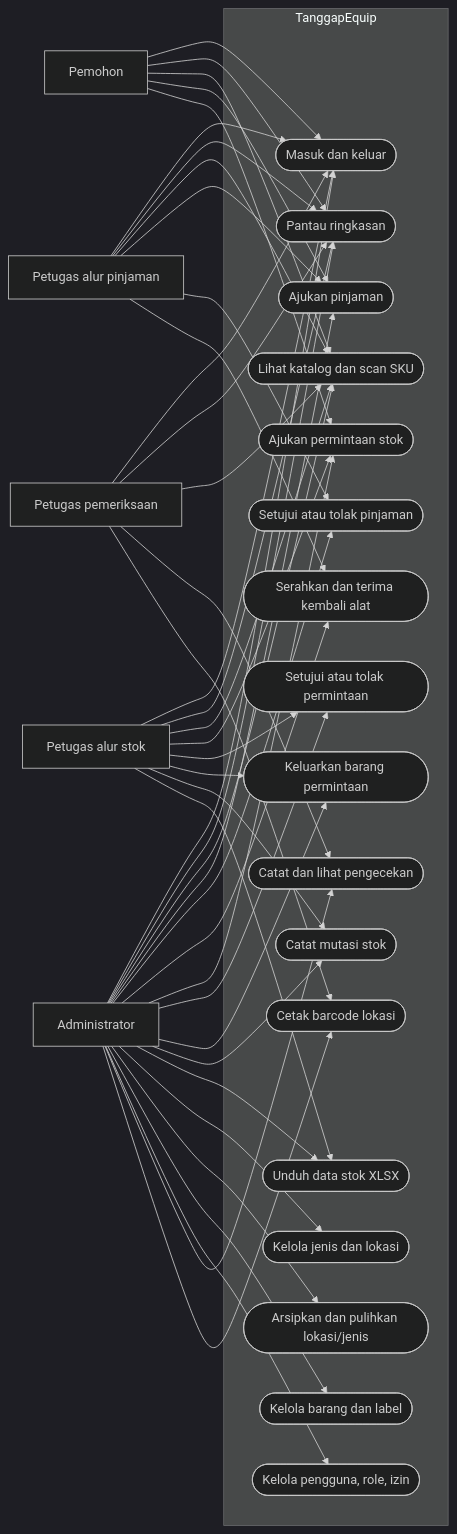
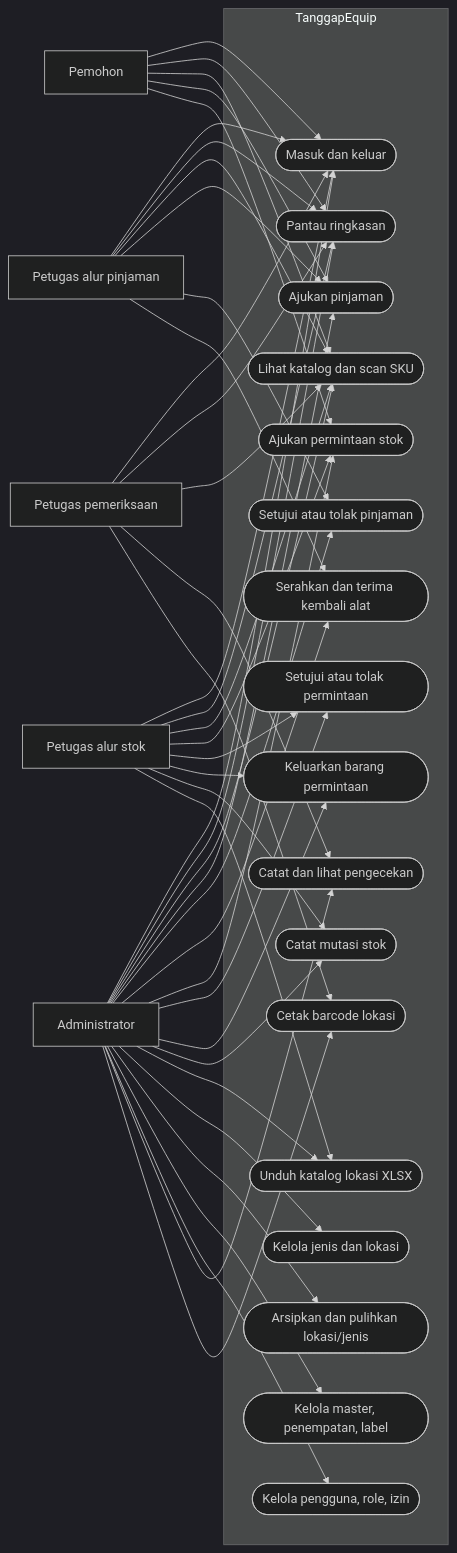
One commit to fandychan99/inventory_max changed the first of 8 diagrams in docs/UML.md. Above: the diagram before and after it, drawn with Mermaid (dark theme). The commit also changed other lines of this file and 37 other files, not shown here.

````diff
--- a/docs/UML.md
+++ b/docs/UML.md
@@ -7,34 +7,34 @@
 ```mermaid
 flowchart LR
     applicant["Pemohon"]
     loanOfficer["Petugas alur pinjaman"]
     stockOfficer["Petugas alur stok"]
     checkOfficer["Petugas pemeriksaan"]
     admin["Administrator"]
 
     subgraph system["TanggapEquip"]
         login(["Masuk dan keluar"])
         dashboard(["Pantau ringkasan"])
         catalog(["Lihat katalog dan scan SKU"])
         applyLoan(["Ajukan pinjaman"])
         decideLoan(["Setujui atau tolak pinjaman"])
         handover(["Serahkan dan terima kembali alat"])
         applyStock(["Ajukan permintaan stok"])
         decideStock(["Setujui atau tolak permintaan"])
         fulfill(["Keluarkan barang permintaan"])
         adjust(["Catat mutasi stok"])
         locations(["Kelola jenis dan lokasi"])
-        items(["Kelola barang dan label"])
+        items(["Kelola master, penempatan, label"])
         access(["Kelola pengguna, role, izin"])
         inspect(["Catat dan lihat pengecekan"])
         locationLabel(["Cetak barcode lokasi"])
-        exportStock(["Unduh data stok XLSX"])
+        exportStock(["Unduh katalog lokasi XLSX"])
         archive(["Arsipkan dan pulihkan lokasi/jenis"])
     end
 
     applicant --> login & dashboard & catalog & applyLoan & applyStock
     loanOfficer --> login & dashboard & catalog & applyLoan & decideLoan & handover
     stockOfficer --> login & dashboard & catalog & applyStock & decideStock & fulfill & adjust & exportStock
     checkOfficer --> login & dashboard & catalog & inspect & locationLabel
     admin --> login & dashboard & catalog & applyLoan & decideLoan & handover & applyStock & decideStock & fulfill & adjust & exportStock & locations & archive & items & access & inspect & locationLabel
 ```
````
